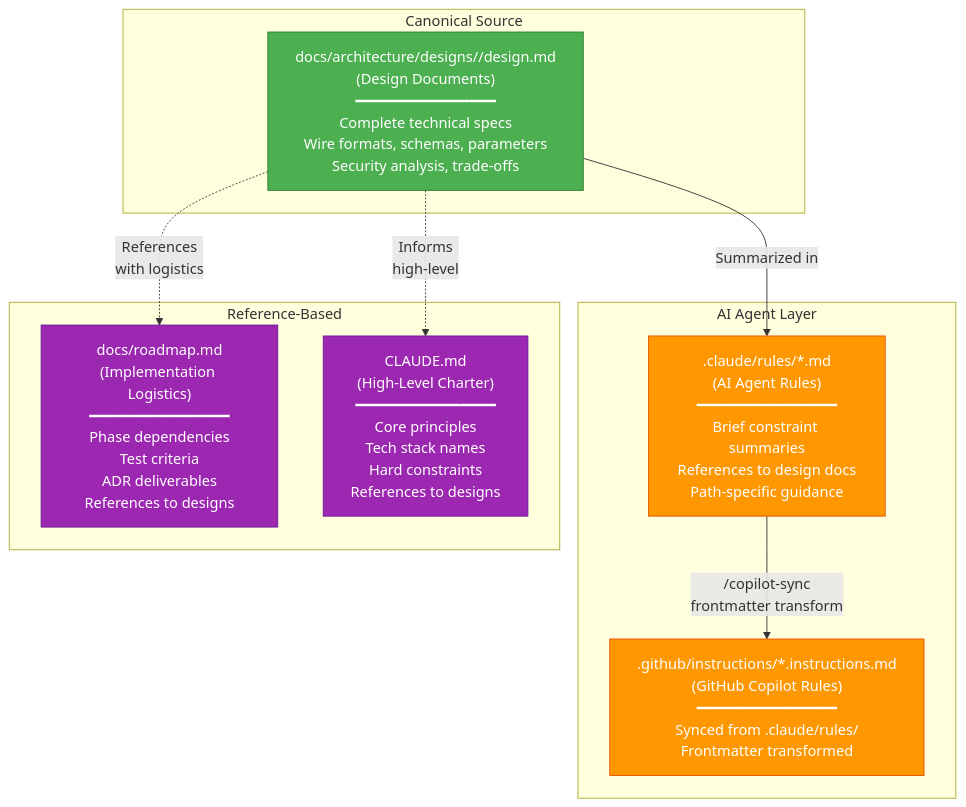
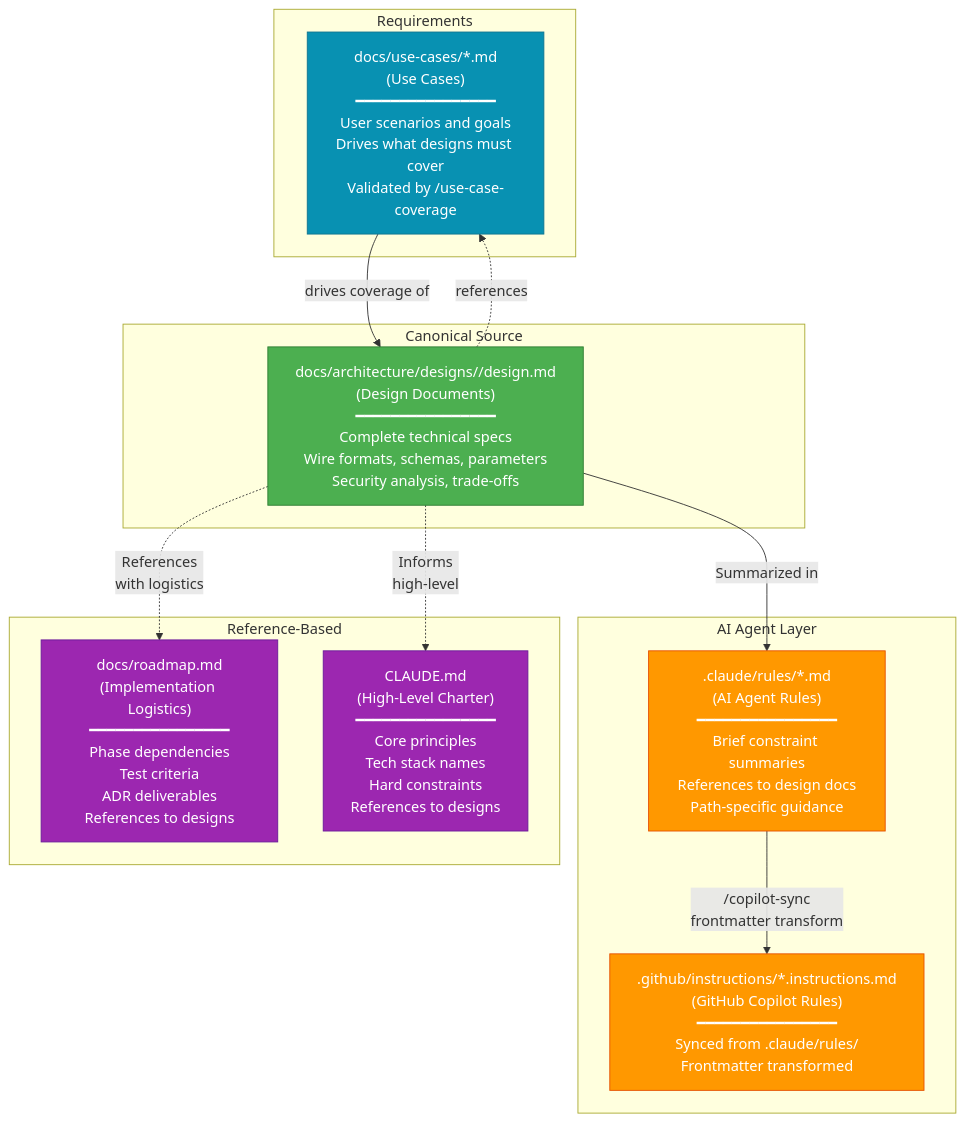
One commit to salgaard/arx-runa changed the diagram in docs/architecture/diagrams/ssot-information-flow.md. Above: the diagram before and after it, drawn with Mermaid. The commit also changed other lines of this file and 28 other files, not shown here.

````diff
--- a/docs/architecture/diagrams/ssot-information-flow.md
+++ b/docs/architecture/diagrams/ssot-information-flow.md
@@ -3,31 +3,39 @@
 ```mermaid
 graph TD
+    subgraph "Requirements"
+        USECASES["docs/use-cases/*.md<br/>(Use Cases)<br/>━━━━━━━━━━━━━━━━<br/>User scenarios and goals<br/>Drives what designs must cover<br/>Validated by /use-case-coverage"]
+    end
+
     subgraph "Canonical Source"
         DESIGNS["docs/architecture/designs/<design-name>/design.md<br/>(Design Documents)<br/>━━━━━━━━━━━━━━━━<br/>Complete technical specs<br/>Wire formats, schemas, parameters<br/>Security analysis, trade-offs"]
     end
-    
+
     subgraph "AI Agent Layer"
         RULES[".claude/rules/*.md<br/>(AI Agent Rules)<br/>━━━━━━━━━━━━━━━━<br/>Brief constraint summaries<br/>References to design docs<br/>Path-specific guidance"]
-        
+
         INSTRUCTIONS[".github/instructions/*.instructions.md<br/>(GitHub Copilot Rules)<br/>━━━━━━━━━━━━━━━━<br/>Synced from .claude/rules/<br/>Frontmatter transformed"]
     end
-    
+
     subgraph "Reference-Based"
         ROADMAP["docs/roadmap.md<br/>(Implementation Logistics)<br/>━━━━━━━━━━━━━━━━<br/>Phase dependencies<br/>Test criteria<br/>ADR deliverables<br/>References to designs"]
-        
+
         CLAUDE["CLAUDE.md<br/>(High-Level Charter)<br/>━━━━━━━━━━━━━━━━<br/>Core principles<br/>Tech stack names<br/>Hard constraints<br/>References to designs"]
     end
-    
+
+    USECASES -->|"drives coverage of"| DESIGNS
+    DESIGNS -.->|"references"| USECASES
     DESIGNS -->|"Summarized in"| RULES
     RULES -->|"/copilot-sync<br/>frontmatter transform"| INSTRUCTIONS
     DESIGNS -.->|"References<br/>with logistics"| ROADMAP
     DESIGNS -.->|"Informs<br/>high-level"| CLAUDE
-    
+
+    classDef requirements fill:#0891b2,stroke:#0e7490,color:#fff
     classDef canonical fill:#4CAF50,stroke:#2E7D32,color:#fff
     classDef agent fill:#FF9800,stroke:#E65100,color:#fff
     classDef reference fill:#9C27B0,stroke:#6A1B9A,color:#fff
-    
+
+    class USECASES requirements
     class DESIGNS canonical
     class RULES,INSTRUCTIONS agent
     class ROADMAP,CLAUDE reference
 ```
````
